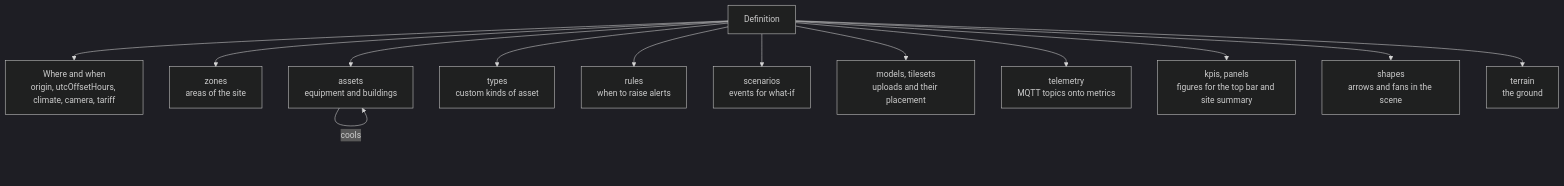
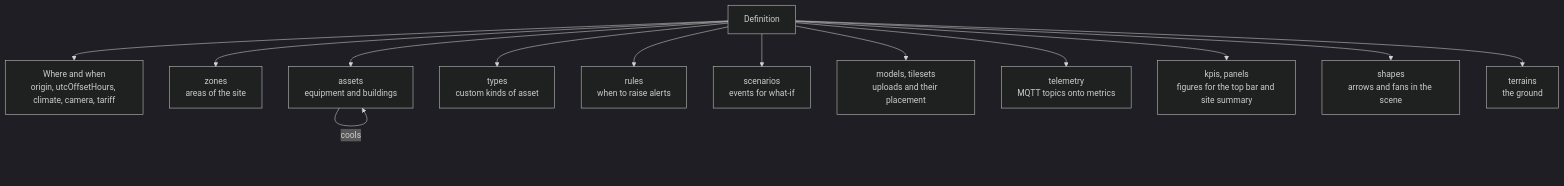
The first of 2 diagrams in docs/manual/12-twin-definitions.md (Jarryd-W-Hoffman/digital-twin), drawn with Mermaid (dark theme) before and after one commit. The commit also changed other lines of this file and 48 other files, not shown here.

````diff
--- a/docs/manual/12-twin-definitions.md
+++ b/docs/manual/12-twin-definitions.md
@@ -67,16 +67,16 @@
 ```mermaid
 flowchart TD
     D[Definition] --> Site["Where and when<br/>origin, utcOffsetHours, climate, camera, tariff"]
     D --> Z["zones<br/>areas of the site"]
     D --> A["assets<br/>equipment and buildings"]
     D --> T["types<br/>custom kinds of asset"]
     D --> R["rules<br/>when to raise alerts"]
     D --> S["scenarios<br/>events for what-if"]
     D --> L["models, tilesets<br/>uploads and their placement"]
     D --> M["telemetry<br/>MQTT topics onto metrics"]
     D --> K["kpis, panels<br/>figures for the top bar and site summary"]
     D --> V["shapes<br/>arrows and fans in the scene"]
-    D --> G["terrain<br/>the ground"]
+    D --> G["terrains<br/>the ground"]
     A -->|fedBy| A
     A -->|cools| A
 ```
````
